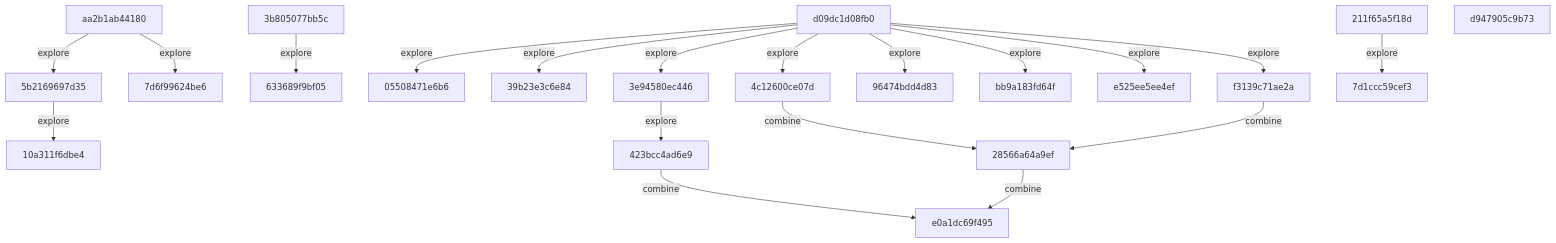
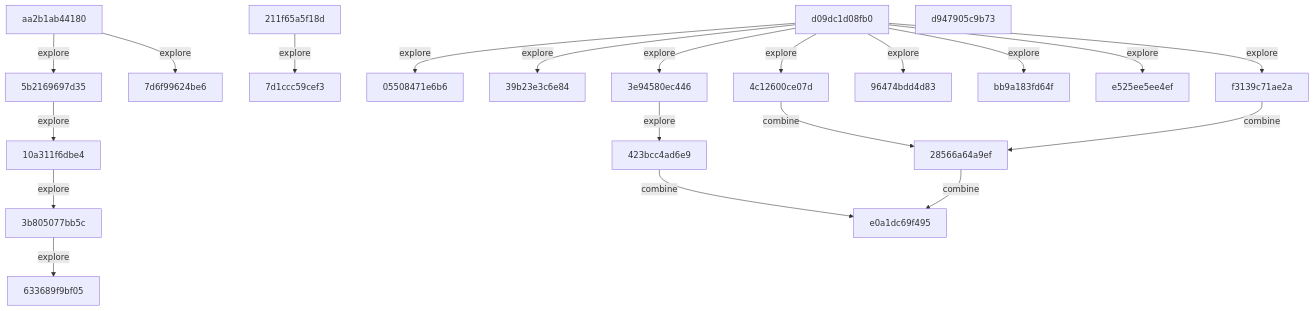
The diagram in README.md (timbtz/feyer-search-lab), drawn with Mermaid before and after one commit. The commit also changed other lines of this file and 1 other file, not shown here.

````diff
--- a/README.md
+++ b/README.md
@@ -23,42 +23,43 @@
 ```mermaid
 graph TD
   c0["05508471e6b6"]
   c1["10a311f6dbe4"]
   c2["211f65a5f18d"]
   c3["28566a64a9ef"]
   c4["39b23e3c6e84"]
   c5["3b805077bb5c"]
   c6["3e94580ec446"]
   c7["423bcc4ad6e9"]
   c8["4c12600ce07d"]
   c9["5b2169697d35"]
   c10["633689f9bf05"]
   c11["7d1ccc59cef3"]
   c12["7d6f99624be6"]
   c13["96474bdd4d83"]
   c14["aa2b1ab44180"]
   c15["bb9a183fd64f"]
   c16["d09dc1d08fb0"]
   c17["d947905c9b73"]
   c18["e0a1dc69f495"]
   c19["e525ee5ee4ef"]
   c20["f3139c71ae2a"]
+  c1 -->|explore| c5
   c2 -->|explore| c11
   c3 -->|combine| c18
   c5 -->|explore| c10
   c6 -->|explore| c7
   c7 -->|combine| c18
   c8 -->|combine| c3
   c9 -->|explore| c1
   c14 -->|explore| c9
   c14 -->|explore| c12
   c16 -->|explore| c0
   c16 -->|explore| c4
   c16 -->|explore| c6
   c16 -->|explore| c8
   c16 -->|explore| c13
   c16 -->|explore| c15
   c16 -->|explore| c19
   c16 -->|explore| c20
   c20 -->|combine| c3
 ```
````
